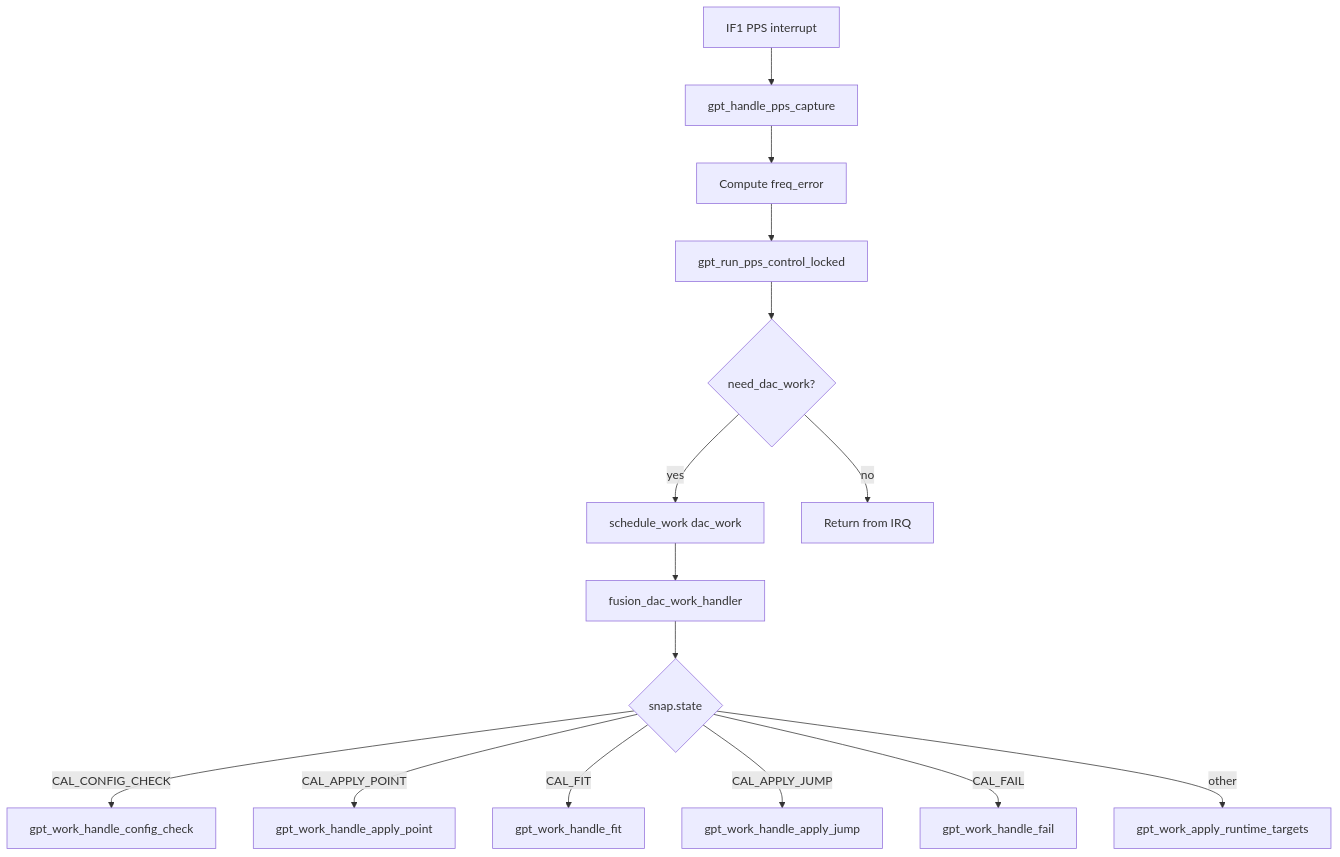
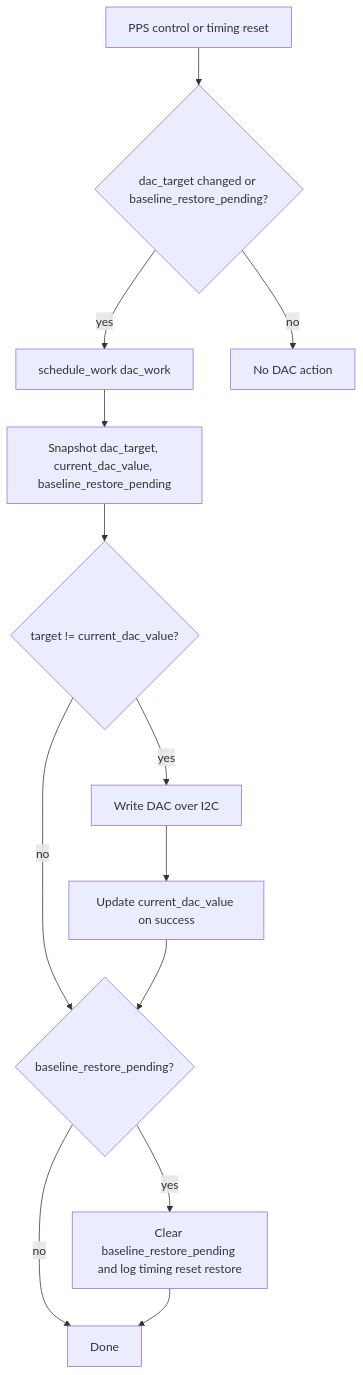
The fourth of 4 diagrams in apps/kernel-modules/fusion-gpt-lkm/disciplining_state_machine.md (riteshsawant-Bose21/qa-tuii-integration-local), drawn with Mermaid before and after one commit. The commit also changed other lines of this file and 1 other file, not shown here.

````diff
--- a/apps/kernel-modules/fusion-gpt-lkm/disciplining_state_machine.md
+++ b/apps/kernel-modules/fusion-gpt-lkm/disciplining_state_machine.md
@@ -230,17 +186,18 @@
 ```mermaid
 flowchart TB
-  A[IF1 PPS interrupt] --> B[gpt_handle_pps_capture]
-  B --> C[Compute freq_error]
-  C --> D[gpt_run_pps_control_locked]
-  D --> E{need_dac_work?}
-  E -->|yes| F[schedule_work dac_work]
-  E -->|no| G[Return from IRQ]
-  F --> H[fusion_dac_work_handler]
-  H --> I{snap.state}
-  I -->|CAL_CONFIG_CHECK| J[gpt_work_handle_config_check]
-  I -->|CAL_APPLY_POINT| K[gpt_work_handle_apply_point]
-  I -->|CAL_FIT| L[gpt_work_handle_fit]
-  I -->|CAL_APPLY_JUMP| M[gpt_work_handle_apply_jump]
-  I -->|CAL_FAIL| N[gpt_work_handle_fail]
-  I -->|other| O[gpt_work_apply_runtime_targets]
+  A[PPS control or timing reset] --> B{dac_target changed or baseline_restore_pending?}
+  B -->|yes| C[schedule_work dac_work]
+  B -->|no| D[No DAC action]
+
+  C --> E[Snapshot dac_target, current_dac_value, baseline_restore_pending]
+  E --> F{target != current_dac_value?}
+  F -->|yes| G[Write DAC over I2C]
+  G --> H[Update current_dac_value on success]
+  F -->|no| I
+  H --> I
+
+  I{baseline_restore_pending?}
+  I -->|yes| J[Clear baseline_restore_pending and log timing reset restore]
+  I -->|no| K[Done]
+  J --> K
 ```
````
